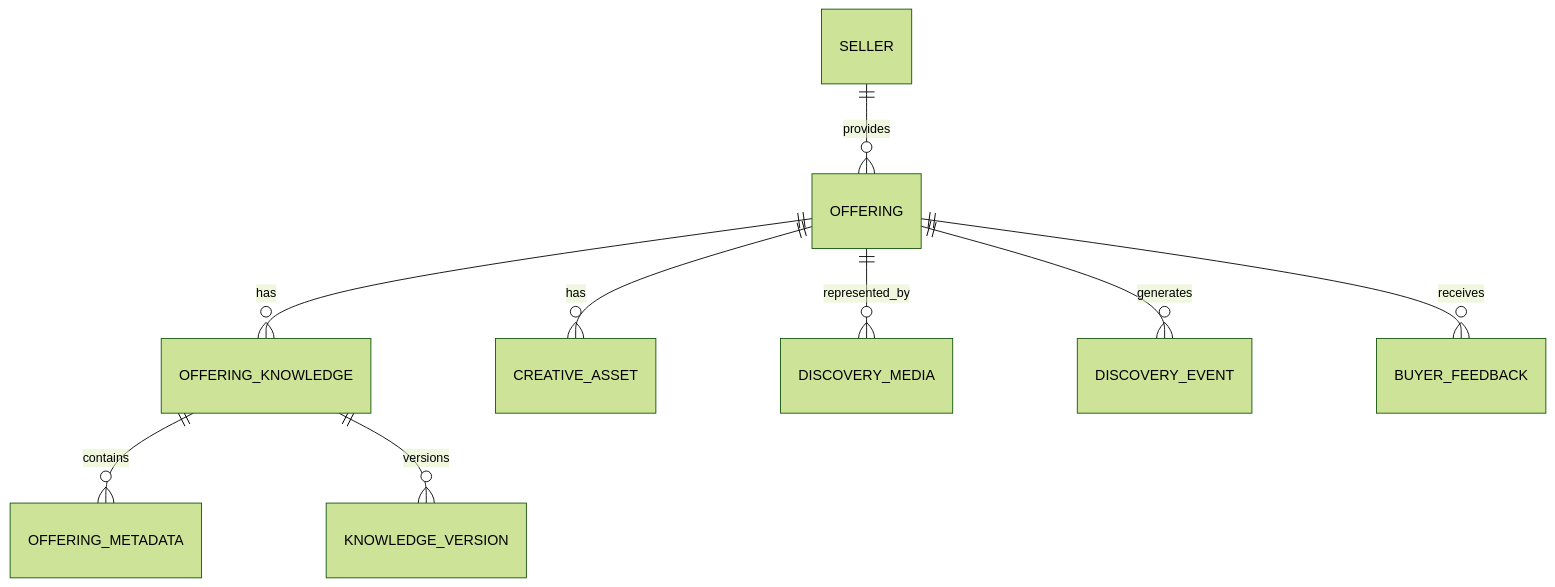
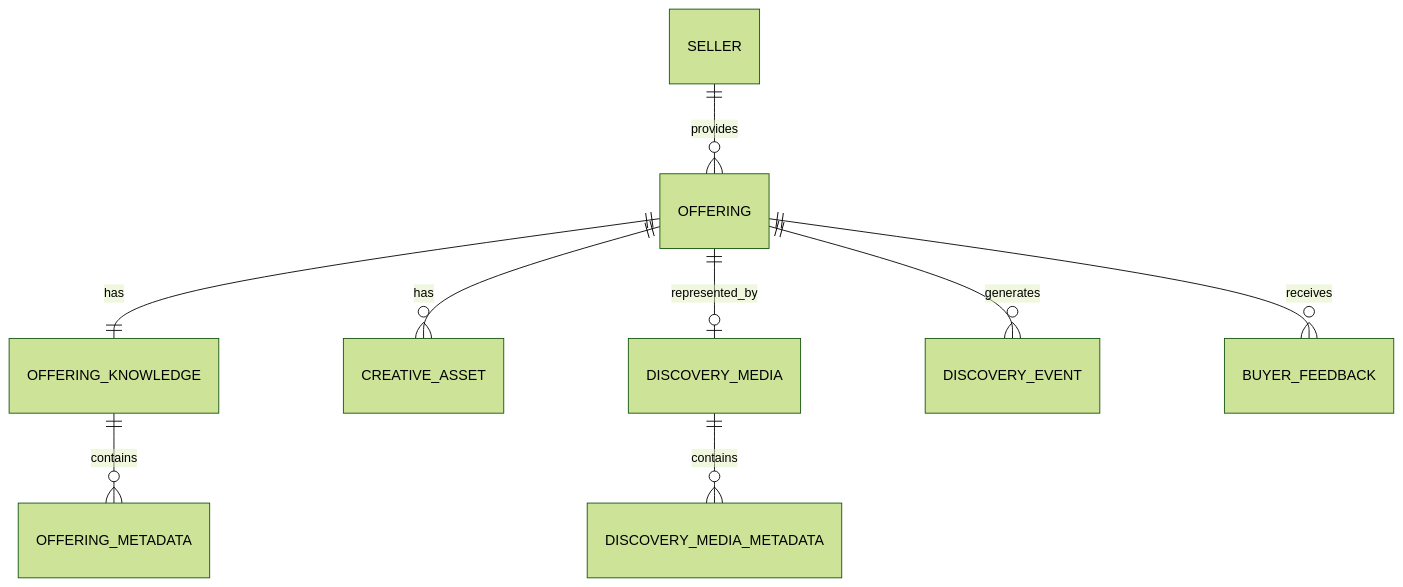
Before and after one commit to petkao/pinkcurve-blueprint: the second of 2 diagrams in docs/04-offering-knowledge.md, drawn with Mermaid (forest theme). The commit also changed other lines of this file and 1 other file, not shown here.

Commit message:
Finalize Chapter 3 architecture and Chapter 4 Offering Knowledge

````diff
--- a/docs/04-offering-knowledge.md
+++ b/docs/04-offering-knowledge.md
@@ -751,11 +925,15 @@
 ```mermaid
+
+
 erDiagram
     SELLER ||--o{ OFFERING : provides
-    OFFERING ||--o{ OFFERING_KNOWLEDGE : has
+    OFFERING ||--|| OFFERING_KNOWLEDGE : has
     OFFERING_KNOWLEDGE ||--o{ OFFERING_METADATA : contains
     OFFERING ||--o{ CREATIVE_ASSET : has
-    OFFERING ||--o{ DISCOVERY_MEDIA : represented_by
+    OFFERING ||--o| DISCOVERY_MEDIA : represented_by
+    DISCOVERY_MEDIA ||--o{ DISCOVERY_MEDIA_METADATA : contains
     OFFERING ||--o{ DISCOVERY_EVENT : generates
     OFFERING ||--o{ BUYER_FEEDBACK : receives
-    OFFERING_KNOWLEDGE ||--o{ KNOWLEDGE_VERSION : versions
+
+
 ```
````
